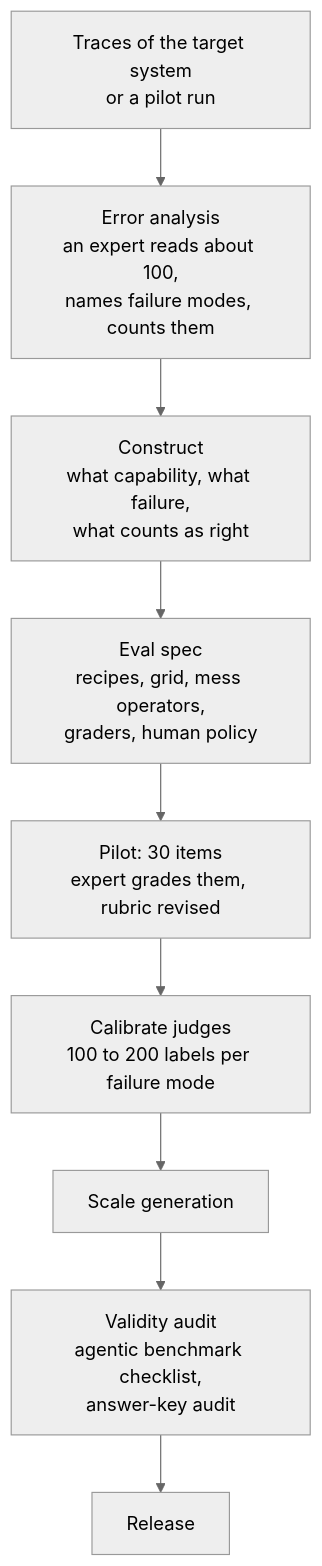
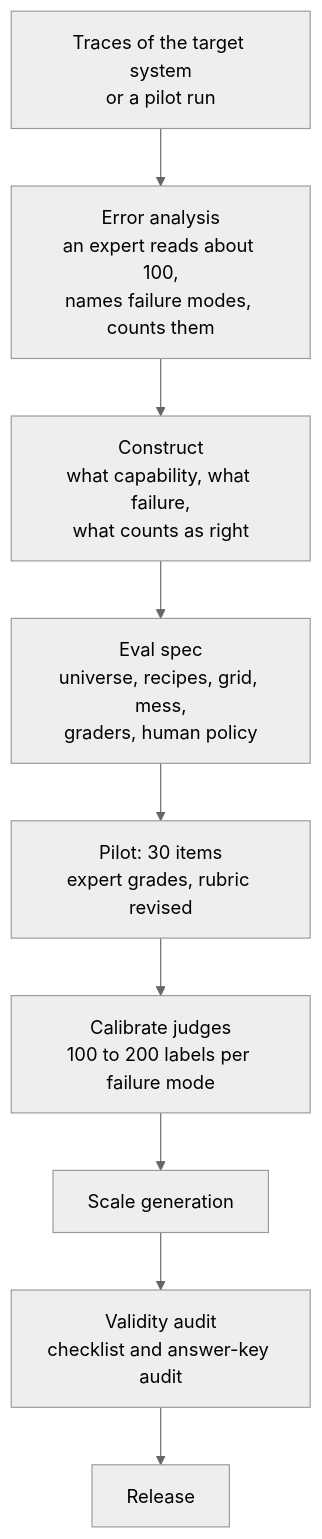
One commit to nbdesai1992/orbifex changed diagram 11 of 17 in README.md. Above: the diagram before and after it, drawn with Mermaid (neutral theme). The commit also changed other lines of this file, not shown here.

````diff
--- a/README.md
+++ b/README.md
@@ -376,11 +409,11 @@
 ```mermaid
 flowchart TD
   T["Traces of the target system<br/>or a pilot run"] --> EA["Error analysis<br/>an expert reads about 100,<br/>names failure modes, counts them"]
   EA --> CT["Construct<br/>what capability, what failure,<br/>what counts as right"]
-  CT --> SP["Eval spec<br/>recipes, grid, mess operators,<br/>graders, human policy"]
-  SP --> PI["Pilot: 30 items<br/>expert grades them, rubric revised"]
+  CT --> SP["Eval spec<br/>universe, recipes, grid, mess,<br/>graders, human policy"]
+  SP --> PI["Pilot: 30 items<br/>expert grades, rubric revised"]
   PI --> CAL["Calibrate judges<br/>100 to 200 labels per failure mode"]
   CAL --> SC["Scale generation"]
-  SC --> AU["Validity audit<br/>agentic benchmark checklist,<br/>answer-key audit"]
+  SC --> AU["Validity audit<br/>checklist and answer-key audit"]
   AU --> REL["Release"]
 ```
````
